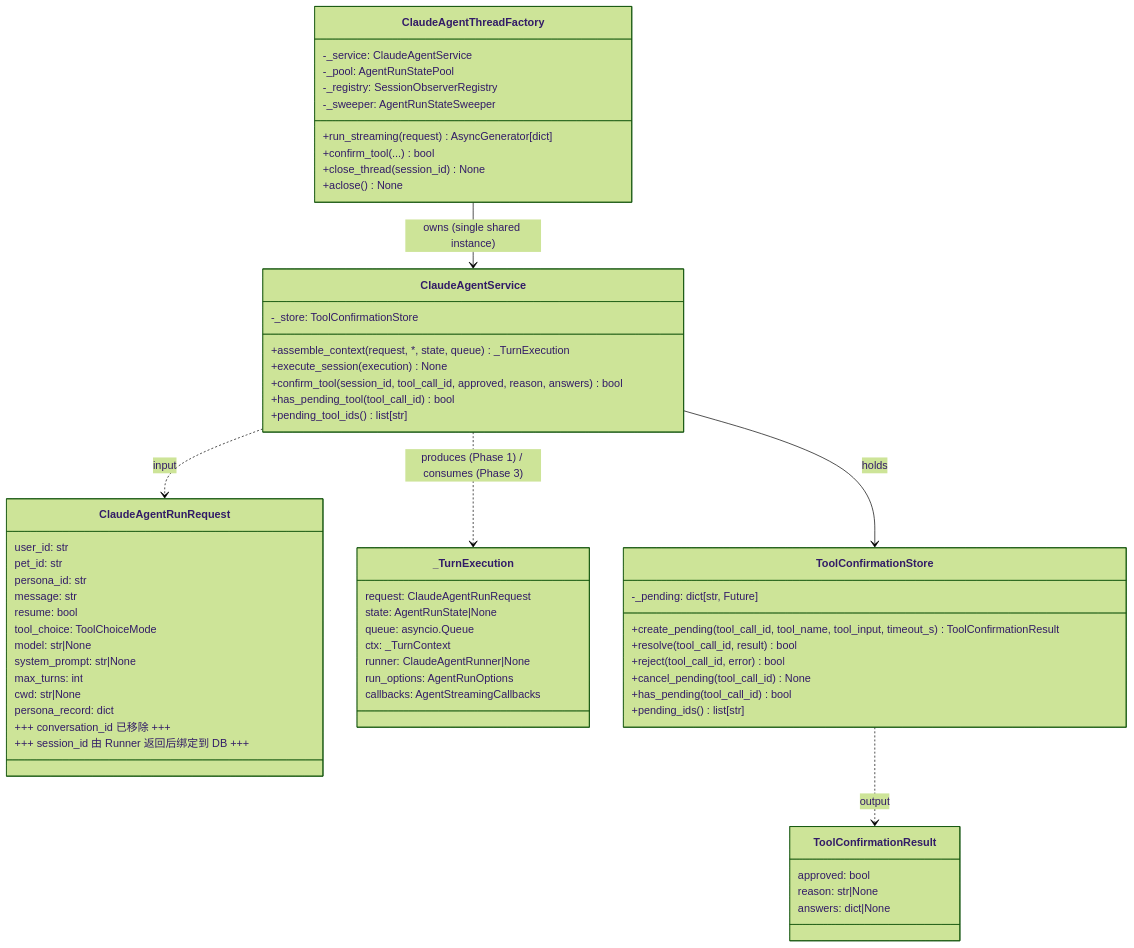
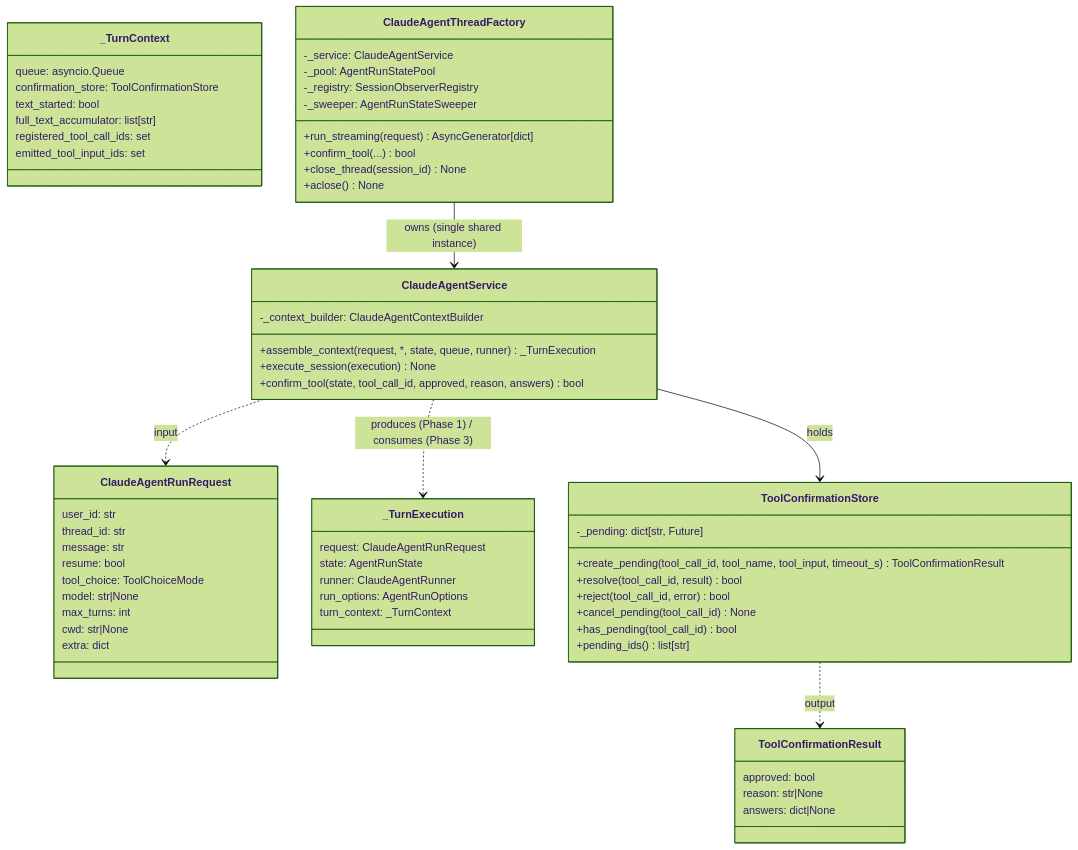
One commit to glide-the/im-dream changed the first of 4 diagrams in docs/design/claude-agent/claude-agent-service-design.md. Above: the diagram before and after it, drawn with Mermaid (forest theme). The commit also changed other lines of this file and 7 other files, not shown here.

First line of the commit message:
feat: Align ClaudeAgentService and transport with Ink & Memory protocol

````diff
--- a/docs/design/claude-agent/claude-agent-service-design.md
+++ b/docs/design/claude-agent/claude-agent-service-design.md
@@ -44,70 +45,71 @@
 ```mermaid
 classDiagram
     class ClaudeAgentRunRequest {
         user_id: str
-        pet_id: str
-        persona_id: str
+        thread_id: str
         message: str
         resume: bool
         tool_choice: ToolChoiceMode
         model: str|None
-        system_prompt: str|None
         max_turns: int
         cwd: str|None
-        persona_record: dict
-        +++ conversation_id 已移除 +++
-        +++ session_id 由 Runner 返回后绑定到 DB +++
+        extra: dict
     }
 
     class ClaudeAgentService {
-        -_store: ToolConfirmationStore
-        +assemble_context(request, *, state, queue) _TurnExecution
+        -_context_builder: ClaudeAgentContextBuilder
+        +assemble_context(request, *, state, queue, runner) _TurnExecution
         +execute_session(execution) None
-        +confirm_tool(session_id, tool_call_id, approved, reason, answers) bool
-        +has_pending_tool(tool_call_id) bool
-        +pending_tool_ids() list[str]
+        +confirm_tool(state, tool_call_id, approved, reason, answers) bool
     }
 
     class _TurnExecution {
         request: ClaudeAgentRunRequest
-        state: AgentRunState|None
+        state: AgentRunState
+        runner: ClaudeAgentRunner
+        run_options: AgentRunOptions
+        turn_context: _TurnContext
+    }
+
+    class _TurnContext {
         queue: asyncio.Queue
-        ctx: _TurnContext
-        runner: ClaudeAgentRunner|None
-        run_options: AgentRunOptions
-        callbacks: AgentStreamingCallbacks
+        confirmation_store: ToolConfirmationStore
+        text_started: bool
+        full_text_accumulator: list[str]
+        registered_tool_call_ids: set
+        emitted_tool_input_ids: set
     }
 
     class ClaudeAgentThreadFactory {
         -_service: ClaudeAgentService
         -_pool: AgentRunStatePool
         -_registry: SessionObserverRegistry
         -_sweeper: AgentRunStateSweeper
         +run_streaming(request) AsyncGenerator[dict]
         +confirm_tool(...) bool
         +close_thread(session_id) None
         +aclose() None
     }
 
     class ToolConfirmationStore {
         -_pending: dict[str, Future]
         +create_pending(tool_call_id, tool_name, tool_input, timeout_s) ToolConfirmationResult
         +resolve(tool_call_id, result) bool
         +reject(tool_call_id, error) bool
         +cancel_pending(tool_call_id) None
         +has_pending(tool_call_id) bool
         +pending_ids() list[str]
     }
 
     class ToolConfirmationResult {
         approved: bool
         reason: str|None
         answers: dict|None
     }
 
     ClaudeAgentThreadFactory --> ClaudeAgentService : owns (single shared instance)
     ClaudeAgentService --> ToolConfirmationStore : holds
     ClaudeAgentService ..> _TurnExecution : produces (Phase 1) / consumes (Phase 3)
     ClaudeAgentService ..> ClaudeAgentRunRequest : input
     ToolConfirmationStore ..> ToolConfirmationResult : output
 ```
````
